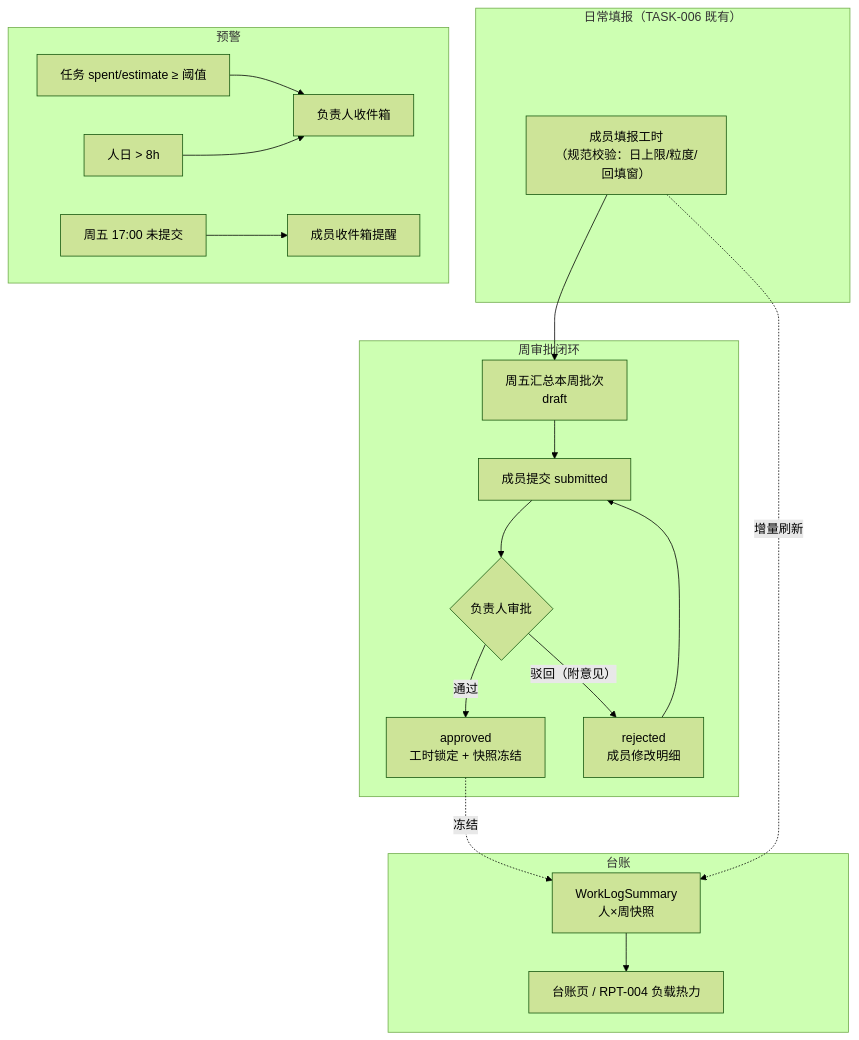
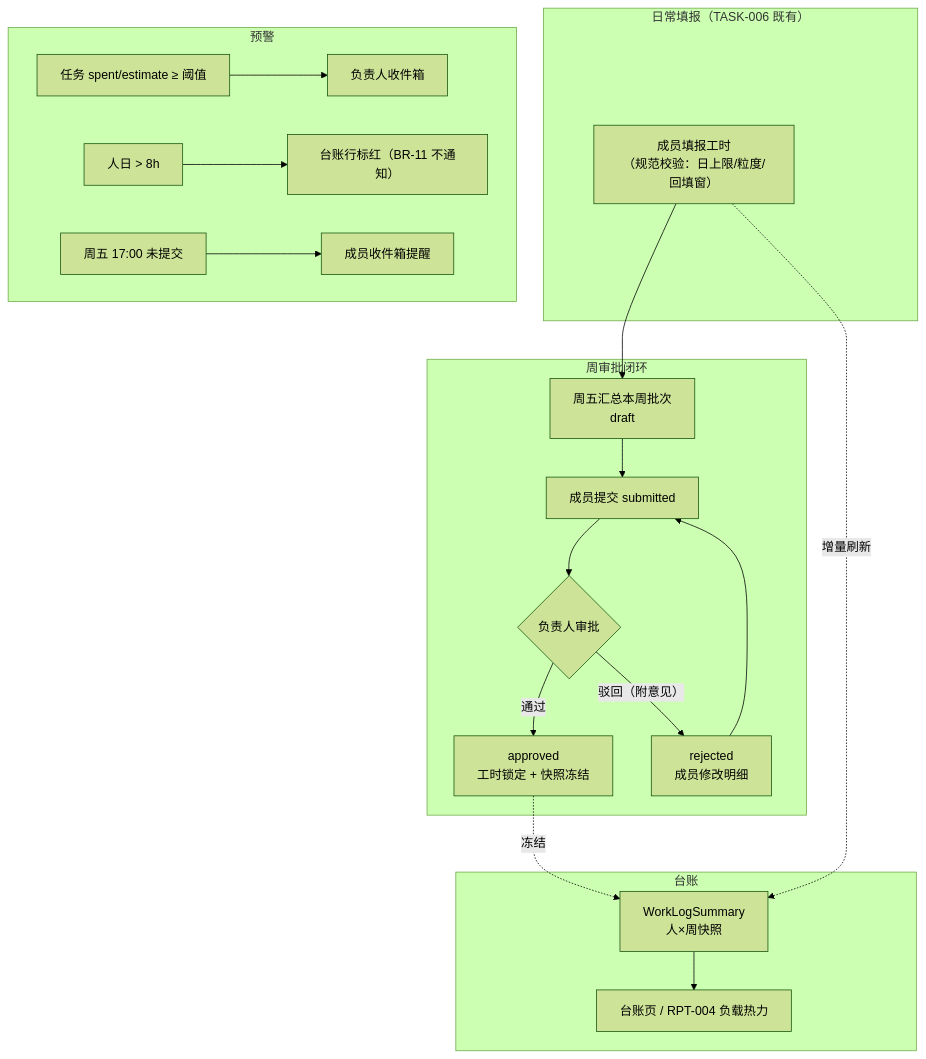
One commit to RabbitAI-Lab/RabbitProjects changed the first of 3 diagrams in docs/sprint-7-enterprise-workflow/TASK-013-team-worklog.md. Above: the diagram before and after it, drawn with Mermaid (forest theme). The commit also changed other lines of this file and 7 other files, not shown here.

````diff
--- a/docs/sprint-7-enterprise-workflow/TASK-013-team-worklog.md
+++ b/docs/sprint-7-enterprise-workflow/TASK-013-team-worklog.md
@@ -79,24 +79,24 @@
 ```mermaid
 flowchart TB
     subgraph DAILY["日常填报（TASK-006 既有）"]
         A1["成员填报工时<br/>（规范校验：日上限/粒度/回填窗）"]
     end
     subgraph WEEKLY["周审批闭环"]
         B1["周五汇总本周批次<br/>draft"] --> B2["成员提交 submitted"]
         B2 --> B3{"负责人审批"}
         B3 -->|通过| B4["approved<br/>工时锁定 + 快照冻结"]
         B3 -->|驳回（附意见）| B5["rejected<br/>成员修改明细"]
         B5 --> B2
     end
     subgraph ALERT["预警"]
         C1["任务 spent/estimate ≥ 阈值"] --> C4["负责人收件箱"]
-        C2["人日 > 8h"] --> C4
+        C2["人日 > 8h"] --> D2R["台账行标红（BR-11 不通知）"]
         C3["周五 17:00 未提交"] --> C5["成员收件箱提醒"]
     end
     subgraph LEDGER["台账"]
         B4 -.冻结.-> D1["WorkLogSummary<br/>人×周快照"]
         A1 -.增量刷新.-> D1
         D1 --> D2["台账页 / RPT-004 负载热力"]
     end
     A1 --> B1
 ```
````
